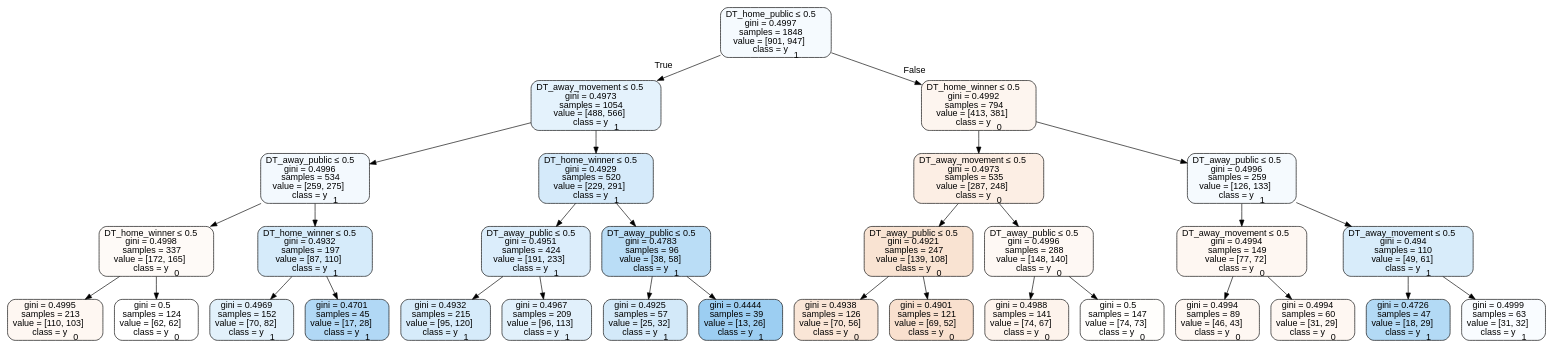
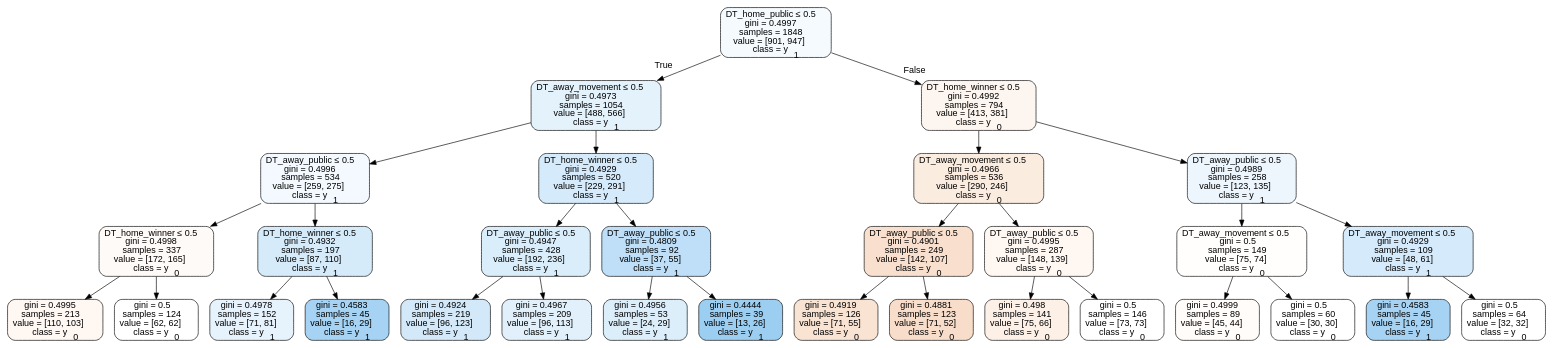
Before and after one commit to usbogie/ncaa-bets: the diagram in tree_data/tree2013neutral.dot, drawn with Graphviz. The commit also changed 27 other files, not shown here.

```diff
--- a/tree_data/tree2013neutral.dot
+++ b/tree_data/tree2013neutral.dot
@@ -1,65 +1,65 @@
 digraph Tree {
 node [shape=box, style="filled, rounded", color="black", fontname=helvetica] ;
 edge [fontname=helvetica] ;
 0 [label=<DT_home_public &le; 0.5<br/>gini = 0.4997<br/>samples = 1848<br/>value = [901, 947]<br/>class = y<SUB>1</SUB>>, fillcolor="#399de50c"] ;
 1 [label=<DT_away_movement &le; 0.5<br/>gini = 0.4973<br/>samples = 1054<br/>value = [488, 566]<br/>class = y<SUB>1</SUB>>, fillcolor="#399de523"] ;
 0 -> 1 [labeldistance=2.5, labelangle=45, headlabel="True"] ;
 2 [label=<DT_away_public &le; 0.5<br/>gini = 0.4996<br/>samples = 534<br/>value = [259, 275]<br/>class = y<SUB>1</SUB>>, fillcolor="#399de50f"] ;
 1 -> 2 ;
 3 [label=<DT_home_winner &le; 0.5<br/>gini = 0.4998<br/>samples = 337<br/>value = [172, 165]<br/>class = y<SUB>0</SUB>>, fillcolor="#e581390a"] ;
 2 -> 3 ;
 4 [label=<gini = 0.4995<br/>samples = 213<br/>value = [110, 103]<br/>class = y<SUB>0</SUB>>, fillcolor="#e5813910"] ;
 3 -> 4 ;
 5 [label=<gini = 0.5<br/>samples = 124<br/>value = [62, 62]<br/>class = y<SUB>0</SUB>>, fillcolor="#e5813900"] ;
 3 -> 5 ;
 6 [label=<DT_home_winner &le; 0.5<br/>gini = 0.4932<br/>samples = 197<br/>value = [87, 110]<br/>class = y<SUB>1</SUB>>, fillcolor="#399de535"] ;
 2 -> 6 ;
-7 [label=<gini = 0.4969<br/>samples = 152<br/>value = [70, 82]<br/>class = y<SUB>1</SUB>>, fillcolor="#399de525"] ;
+7 [label=<gini = 0.4978<br/>samples = 152<br/>value = [71, 81]<br/>class = y<SUB>1</SUB>>, fillcolor="#399de51f"] ;
 6 -> 7 ;
-8 [label=<gini = 0.4701<br/>samples = 45<br/>value = [17, 28]<br/>class = y<SUB>1</SUB>>, fillcolor="#399de564"] ;
+8 [label=<gini = 0.4583<br/>samples = 45<br/>value = [16, 29]<br/>class = y<SUB>1</SUB>>, fillcolor="#399de572"] ;
 6 -> 8 ;
 9 [label=<DT_home_winner &le; 0.5<br/>gini = 0.4929<br/>samples = 520<br/>value = [229, 291]<br/>class = y<SUB>1</SUB>>, fillcolor="#399de536"] ;
 1 -> 9 ;
-10 [label=<DT_away_public &le; 0.5<br/>gini = 0.4951<br/>samples = 424<br/>value = [191, 233]<br/>class = y<SUB>1</SUB>>, fillcolor="#399de52e"] ;
+10 [label=<DT_away_public &le; 0.5<br/>gini = 0.4947<br/>samples = 428<br/>value = [192, 236]<br/>class = y<SUB>1</SUB>>, fillcolor="#399de530"] ;
 9 -> 10 ;
-11 [label=<gini = 0.4932<br/>samples = 215<br/>value = [95, 120]<br/>class = y<SUB>1</SUB>>, fillcolor="#399de535"] ;
+11 [label=<gini = 0.4924<br/>samples = 219<br/>value = [96, 123]<br/>class = y<SUB>1</SUB>>, fillcolor="#399de538"] ;
 10 -> 11 ;
 12 [label=<gini = 0.4967<br/>samples = 209<br/>value = [96, 113]<br/>class = y<SUB>1</SUB>>, fillcolor="#399de526"] ;
 10 -> 12 ;
-13 [label=<DT_away_public &le; 0.5<br/>gini = 0.4783<br/>samples = 96<br/>value = [38, 58]<br/>class = y<SUB>1</SUB>>, fillcolor="#399de558"] ;
+13 [label=<DT_away_public &le; 0.5<br/>gini = 0.4809<br/>samples = 92<br/>value = [37, 55]<br/>class = y<SUB>1</SUB>>, fillcolor="#399de553"] ;
 9 -> 13 ;
-14 [label=<gini = 0.4925<br/>samples = 57<br/>value = [25, 32]<br/>class = y<SUB>1</SUB>>, fillcolor="#399de538"] ;
+14 [label=<gini = 0.4956<br/>samples = 53<br/>value = [24, 29]<br/>class = y<SUB>1</SUB>>, fillcolor="#399de52c"] ;
 13 -> 14 ;
 15 [label=<gini = 0.4444<br/>samples = 39<br/>value = [13, 26]<br/>class = y<SUB>1</SUB>>, fillcolor="#399de57f"] ;
 13 -> 15 ;
 16 [label=<DT_home_winner &le; 0.5<br/>gini = 0.4992<br/>samples = 794<br/>value = [413, 381]<br/>class = y<SUB>0</SUB>>, fillcolor="#e5813914"] ;
 0 -> 16 [labeldistance=2.5, labelangle=-45, headlabel="False"] ;
-17 [label=<DT_away_movement &le; 0.5<br/>gini = 0.4973<br/>samples = 535<br/>value = [287, 248]<br/>class = y<SUB>0</SUB>>, fillcolor="#e5813923"] ;
+17 [label=<DT_away_movement &le; 0.5<br/>gini = 0.4966<br/>samples = 536<br/>value = [290, 246]<br/>class = y<SUB>0</SUB>>, fillcolor="#e5813927"] ;
 16 -> 17 ;
-18 [label=<DT_away_public &le; 0.5<br/>gini = 0.4921<br/>samples = 247<br/>value = [139, 108]<br/>class = y<SUB>0</SUB>>, fillcolor="#e5813939"] ;
+18 [label=<DT_away_public &le; 0.5<br/>gini = 0.4901<br/>samples = 249<br/>value = [142, 107]<br/>class = y<SUB>0</SUB>>, fillcolor="#e581393f"] ;
 17 -> 18 ;
-19 [label=<gini = 0.4938<br/>samples = 126<br/>value = [70, 56]<br/>class = y<SUB>0</SUB>>, fillcolor="#e5813933"] ;
+19 [label=<gini = 0.4919<br/>samples = 126<br/>value = [71, 55]<br/>class = y<SUB>0</SUB>>, fillcolor="#e5813939"] ;
 18 -> 19 ;
-20 [label=<gini = 0.4901<br/>samples = 121<br/>value = [69, 52]<br/>class = y<SUB>0</SUB>>, fillcolor="#e581393f"] ;
+20 [label=<gini = 0.4881<br/>samples = 123<br/>value = [71, 52]<br/>class = y<SUB>0</SUB>>, fillcolor="#e5813944"] ;
 18 -> 20 ;
-21 [label=<DT_away_public &le; 0.5<br/>gini = 0.4996<br/>samples = 288<br/>value = [148, 140]<br/>class = y<SUB>0</SUB>>, fillcolor="#e581390e"] ;
+21 [label=<DT_away_public &le; 0.5<br/>gini = 0.4995<br/>samples = 287<br/>value = [148, 139]<br/>class = y<SUB>0</SUB>>, fillcolor="#e5813910"] ;
 17 -> 21 ;
-22 [label=<gini = 0.4988<br/>samples = 141<br/>value = [74, 67]<br/>class = y<SUB>0</SUB>>, fillcolor="#e5813918"] ;
+22 [label=<gini = 0.498<br/>samples = 141<br/>value = [75, 66]<br/>class = y<SUB>0</SUB>>, fillcolor="#e581391f"] ;
 21 -> 22 ;
-23 [label=<gini = 0.5<br/>samples = 147<br/>value = [74, 73]<br/>class = y<SUB>0</SUB>>, fillcolor="#e5813903"] ;
+23 [label=<gini = 0.5<br/>samples = 146<br/>value = [73, 73]<br/>class = y<SUB>0</SUB>>, fillcolor="#e5813900"] ;
 21 -> 23 ;
-24 [label=<DT_away_public &le; 0.5<br/>gini = 0.4996<br/>samples = 259<br/>value = [126, 133]<br/>class = y<SUB>1</SUB>>, fillcolor="#399de50d"] ;
+24 [label=<DT_away_public &le; 0.5<br/>gini = 0.4989<br/>samples = 258<br/>value = [123, 135]<br/>class = y<SUB>1</SUB>>, fillcolor="#399de517"] ;
 16 -> 24 ;
-25 [label=<DT_away_movement &le; 0.5<br/>gini = 0.4994<br/>samples = 149<br/>value = [77, 72]<br/>class = y<SUB>0</SUB>>, fillcolor="#e5813911"] ;
+25 [label=<DT_away_movement &le; 0.5<br/>gini = 0.5<br/>samples = 149<br/>value = [75, 74]<br/>class = y<SUB>0</SUB>>, fillcolor="#e5813903"] ;
 24 -> 25 ;
-26 [label=<gini = 0.4994<br/>samples = 89<br/>value = [46, 43]<br/>class = y<SUB>0</SUB>>, fillcolor="#e5813911"] ;
+26 [label=<gini = 0.4999<br/>samples = 89<br/>value = [45, 44]<br/>class = y<SUB>0</SUB>>, fillcolor="#e5813906"] ;
 25 -> 26 ;
-27 [label=<gini = 0.4994<br/>samples = 60<br/>value = [31, 29]<br/>class = y<SUB>0</SUB>>, fillcolor="#e5813910"] ;
+27 [label=<gini = 0.5<br/>samples = 60<br/>value = [30, 30]<br/>class = y<SUB>0</SUB>>, fillcolor="#e5813900"] ;
 25 -> 27 ;
-28 [label=<DT_away_movement &le; 0.5<br/>gini = 0.494<br/>samples = 110<br/>value = [49, 61]<br/>class = y<SUB>1</SUB>>, fillcolor="#399de532"] ;
+28 [label=<DT_away_movement &le; 0.5<br/>gini = 0.4929<br/>samples = 109<br/>value = [48, 61]<br/>class = y<SUB>1</SUB>>, fillcolor="#399de536"] ;
 24 -> 28 ;
-29 [label=<gini = 0.4726<br/>samples = 47<br/>value = [18, 29]<br/>class = y<SUB>1</SUB>>, fillcolor="#399de561"] ;
+29 [label=<gini = 0.4583<br/>samples = 45<br/>value = [16, 29]<br/>class = y<SUB>1</SUB>>, fillcolor="#399de572"] ;
 28 -> 29 ;
-30 [label=<gini = 0.4999<br/>samples = 63<br/>value = [31, 32]<br/>class = y<SUB>1</SUB>>, fillcolor="#399de508"] ;
+30 [label=<gini = 0.5<br/>samples = 64<br/>value = [32, 32]<br/>class = y<SUB>0</SUB>>, fillcolor="#e5813900"] ;
 28 -> 30 ;
 }
```
